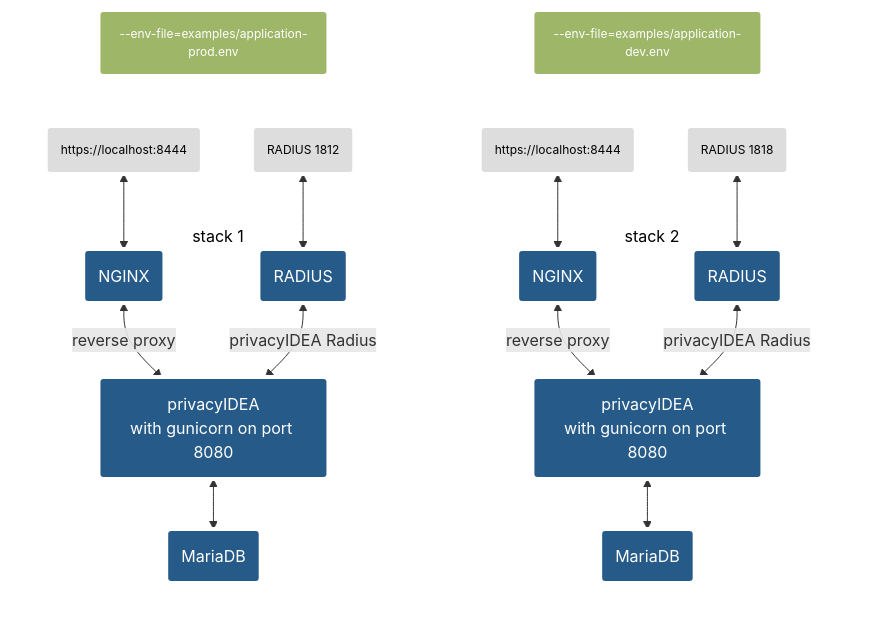
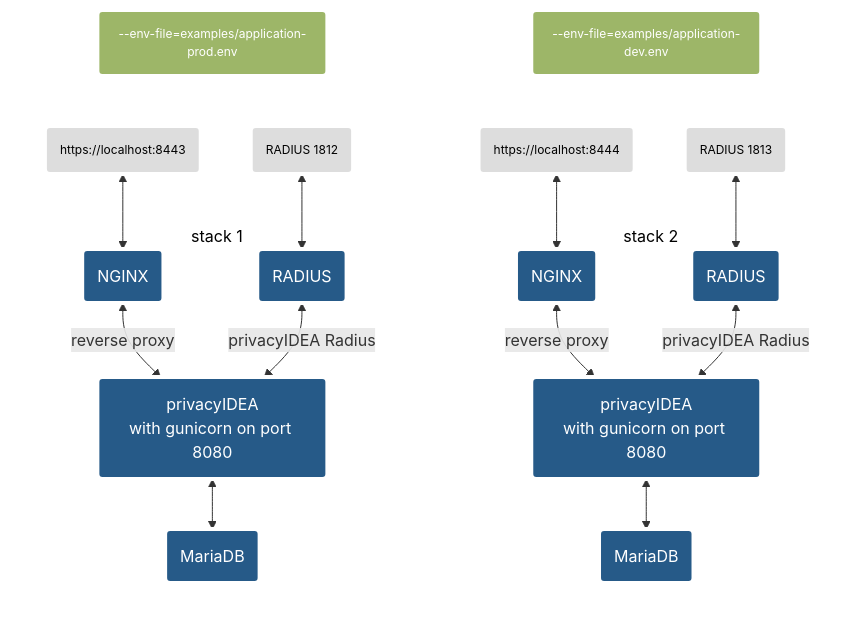
One commit to gpappsoft/privacyidea-docker changed the diagram in README.md. Above: the diagram before and after it, drawn with Mermaid. The commit also changed other lines of this file and 9 other files, not shown here.

````diff
--- a/README.md
+++ b/README.md
@@ -162,42 +162,42 @@
 ```mermaid
 graph TD;
   a2("--env-file=examples/application-dev.env");
   w3(https://localhost:8444);
-  w4(RADIUS  1818);
+  w4(RADIUS  1813);
   subgraph s3 [stack 2];
        r2(RADIUS);
        n4(NGINX);
        n5(privacyIDEA);
        n6(MariaDB);
   end;
   a1("--env-file=examples/application-prod.env");
-  w1(https://localhost:8444);
+  w1(https://localhost:8443);
   w2(RADIUS 1812);
   subgraph s1 [stack 1];
        r1(RADIUS);
        n1(NGINX);
        n2(privacyIDEA);
        n3(MariaDB);
   end;
 
   a1~~~w1;
   a1~~~w2;
   a2~~~w3;
   a2~~~w4;
 
   w3<-->n4<-- reverse proxy -->n5(privacyIDEA\nwith gunicorn on port 8080)<-->n6
   w4<-->r2<-- privacyIDEA Radius -->n5(privacyIDEA\nwith gunicorn on port 8080)       
 
   w1<-->n1<-- reverse proxy -->n2(privacyIDEA\nwith gunicorn on port 8080)<-->n3
   w2<-->r1<-- privacyIDEA Radius -->n2(privacyIDEA\nwith gunicorn on port 8080)
   
   classDef plain font-size:12px,fill:#ddd,stroke:#fff,stroke-width:4px,color:#000;
   classDef heading font-size:12px,fill:#9db668,stroke:#fff,stroke-width:4px,color:#fff;
   classDef title font-size:16px,color:#000,background-color:#9db668,stroke:#ffff;
   classDef docker fill:#265a88,stroke:#fff,stroke-width:4px,color:#fff;
   classDef cluster fill:#fff,stroke:#888,stroke-width:2px,color:#265a88;
   class w1,w2,w3,w4 plain;
   class n1,n2,n3,n4,n5,n6,r1,r2,t1 docker;
   class s1,s2,s3,s4 title;
   class a1,a2 heading;
 ```
````
